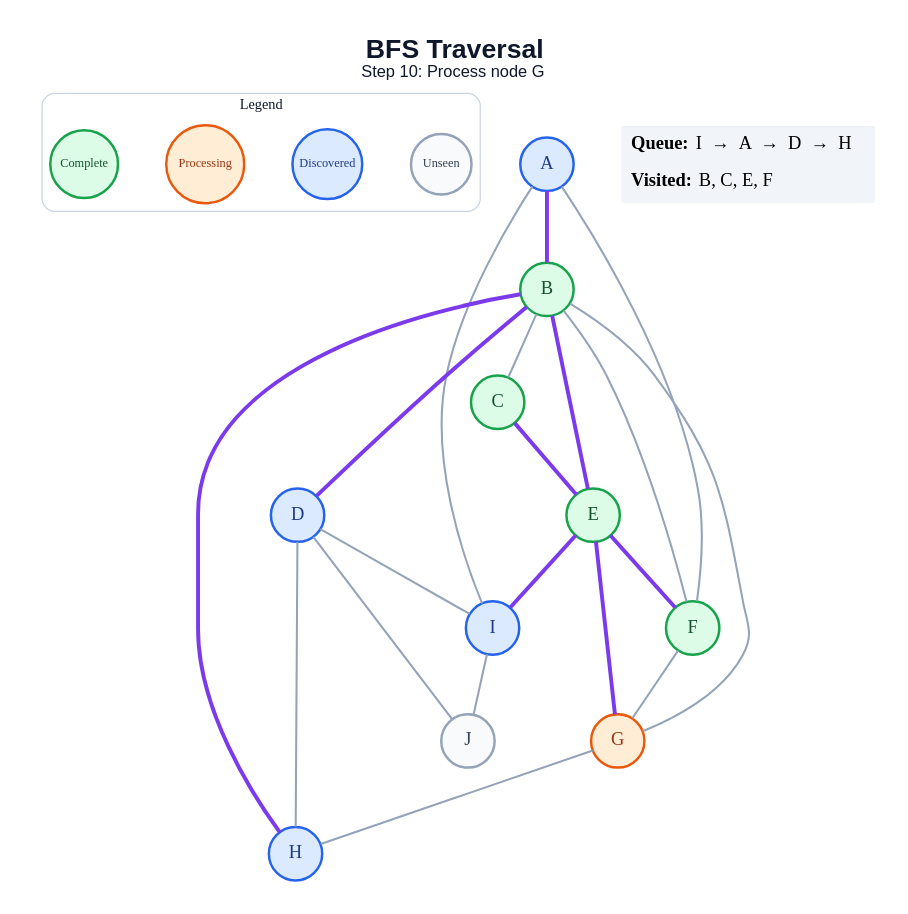
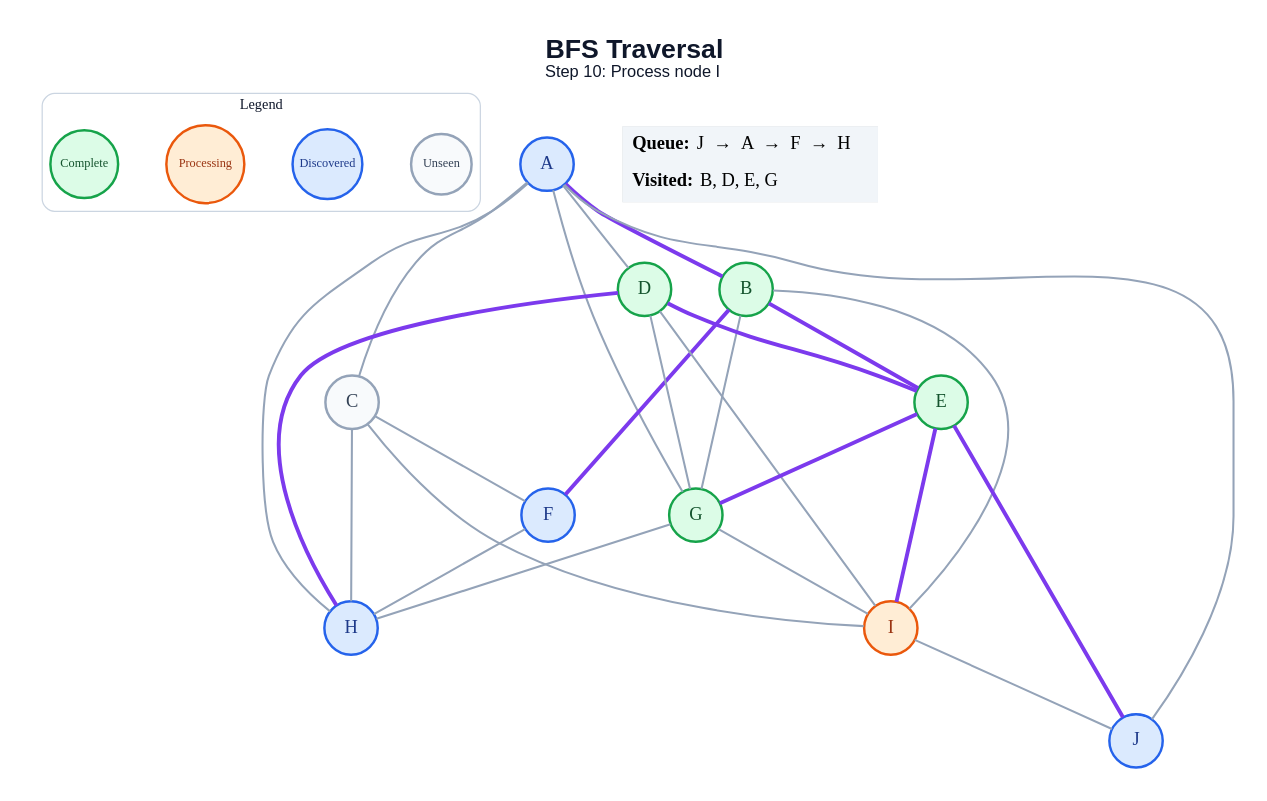
One commit to amanghodawala9/ai-slop changed the diagram in generated/specific-node/bfs/step_10.dot. Above: the diagram before and after it, drawn with Graphviz. The commit also changed 178 other files, not shown here.

```diff
--- a/generated/specific-node/bfs/step_10.dot
+++ b/generated/specific-node/bfs/step_10.dot
@@ -1,48 +1,53 @@
 graph traversal {
   graph [layout=dot, rankdir=TB, bgcolor="#FFFFFF", pad="0.35", nodesep="0.65", ranksep="0.8", fontname="Arial"];
   node [shape=circle, style="filled", fontname="Arial Bold", fontsize=18, width=0.72, fixedsize=true, penwidth=2.4];
   edge [color="#94A3B8", penwidth=2.0];
-  label=<<B>BFS Traversal</B><BR/><FONT POINT-SIZE="16">Step 10: Process node G</FONT>>; labelloc="t"; fontsize=26; fontname="Arial"; fontcolor="#0F172A";
+  label=<<B>BFS Traversal</B><BR/><FONT POINT-SIZE="16">Step 10: Process node I</FONT>>; labelloc="t"; fontsize=26; fontname="Arial"; fontcolor="#0F172A";
   subgraph cluster_legend { label="Legend"; color="#CBD5E1"; penwidth=1.2; style="rounded"; fontsize=14; fontname="Arial Bold";
     key_unseen [label="Unseen", fillcolor="#F8FAFC", color="#94A3B8", fontcolor="#334155", fontsize=12, width=0.82];
     key_frontier [label="Discovered", fillcolor="#DBEAFE", color="#2563EB", fontcolor="#1E3A8A", fontsize=12, width=0.95];
     key_current [label="Processing", fillcolor="#FFEDD5", color="#EA580C", fontcolor="#9A3412", fontsize=12, width=1.05];
     key_done [label="Complete", fillcolor="#DCFCE7", color="#16A34A", fontcolor="#14532D", fontsize=12, width=0.92];
     { rank=same; key_unseen; key_frontier; key_current; key_done; }
   }
   A [fillcolor="#DBEAFE", color="#2563EB", fontcolor="#1E3A8A"];
   B [fillcolor="#DCFCE7", color="#16A34A", fontcolor="#14532D"];
-  C [fillcolor="#DCFCE7", color="#16A34A", fontcolor="#14532D"];
-  D [fillcolor="#DBEAFE", color="#2563EB", fontcolor="#1E3A8A"];
+  C [fillcolor="#F8FAFC", color="#94A3B8", fontcolor="#334155"];
+  D [fillcolor="#DCFCE7", color="#16A34A", fontcolor="#14532D"];
   E [fillcolor="#DCFCE7", color="#16A34A", fontcolor="#14532D"];
-  F [fillcolor="#DCFCE7", color="#16A34A", fontcolor="#14532D"];
-  G [fillcolor="#FFEDD5", color="#EA580C", fontcolor="#9A3412"];
+  F [fillcolor="#DBEAFE", color="#2563EB", fontcolor="#1E3A8A"];
+  G [fillcolor="#DCFCE7", color="#16A34A", fontcolor="#14532D"];
   H [fillcolor="#DBEAFE", color="#2563EB", fontcolor="#1E3A8A"];
-  I [fillcolor="#DBEAFE", color="#2563EB", fontcolor="#1E3A8A"];
-  J [fillcolor="#F8FAFC", color="#94A3B8", fontcolor="#334155"];
+  I [fillcolor="#FFEDD5", color="#EA580C", fontcolor="#9A3412"];
+  J [fillcolor="#DBEAFE", color="#2563EB", fontcolor="#1E3A8A"];
   A -- B [color="#7C3AED", penwidth=3.8];
-  A -- F;
-  A -- I;
-  B -- C;
-  B -- D [color="#7C3AED", penwidth=3.8];
+  A -- C;
+  A -- D;
+  A -- G;
+  A -- H;
+  A -- J;
   B -- E [color="#7C3AED", penwidth=3.8];
-  B -- F;
+  B -- F [color="#7C3AED", penwidth=3.8];
   B -- G;
-  B -- H [color="#7C3AED", penwidth=3.8];
-  C -- E [color="#7C3AED", penwidth=3.8];
-  D -- H;
+  B -- I;
+  C -- F;
+  C -- H;
+  C -- I;
+  D -- E [color="#7C3AED", penwidth=3.8];
+  D -- G;
+  D -- H [color="#7C3AED", penwidth=3.8];
   D -- I;
-  D -- J;
-  E -- F [color="#7C3AED", penwidth=3.8];
   E -- G [color="#7C3AED", penwidth=3.8];
   E -- I [color="#7C3AED", penwidth=3.8];
-  F -- G;
+  E -- J [color="#7C3AED", penwidth=3.8];
+  F -- H;
   G -- H;
+  G -- I;
   I -- J;
   status [shape=plain, fixedsize=false, width=0, height=0, margin=0, label=<
     <TABLE BORDER="0" CELLBORDER="0" CELLPADDING="7" BGCOLOR="#F1F5F9">
-      <TR><TD ALIGN="LEFT"><B>Queue:</B> I  →  A  →  D  →  H</TD></TR>
-      <TR><TD ALIGN="LEFT"><B>Visited:</B> B, C, E, F</TD></TR>
+      <TR><TD ALIGN="LEFT"><B>Queue:</B> J  →  A  →  F  →  H</TD></TR>
+      <TR><TD ALIGN="LEFT"><B>Visited:</B> B, D, E, G</TD></TR>
     </TABLE>
   >];
 }
```
